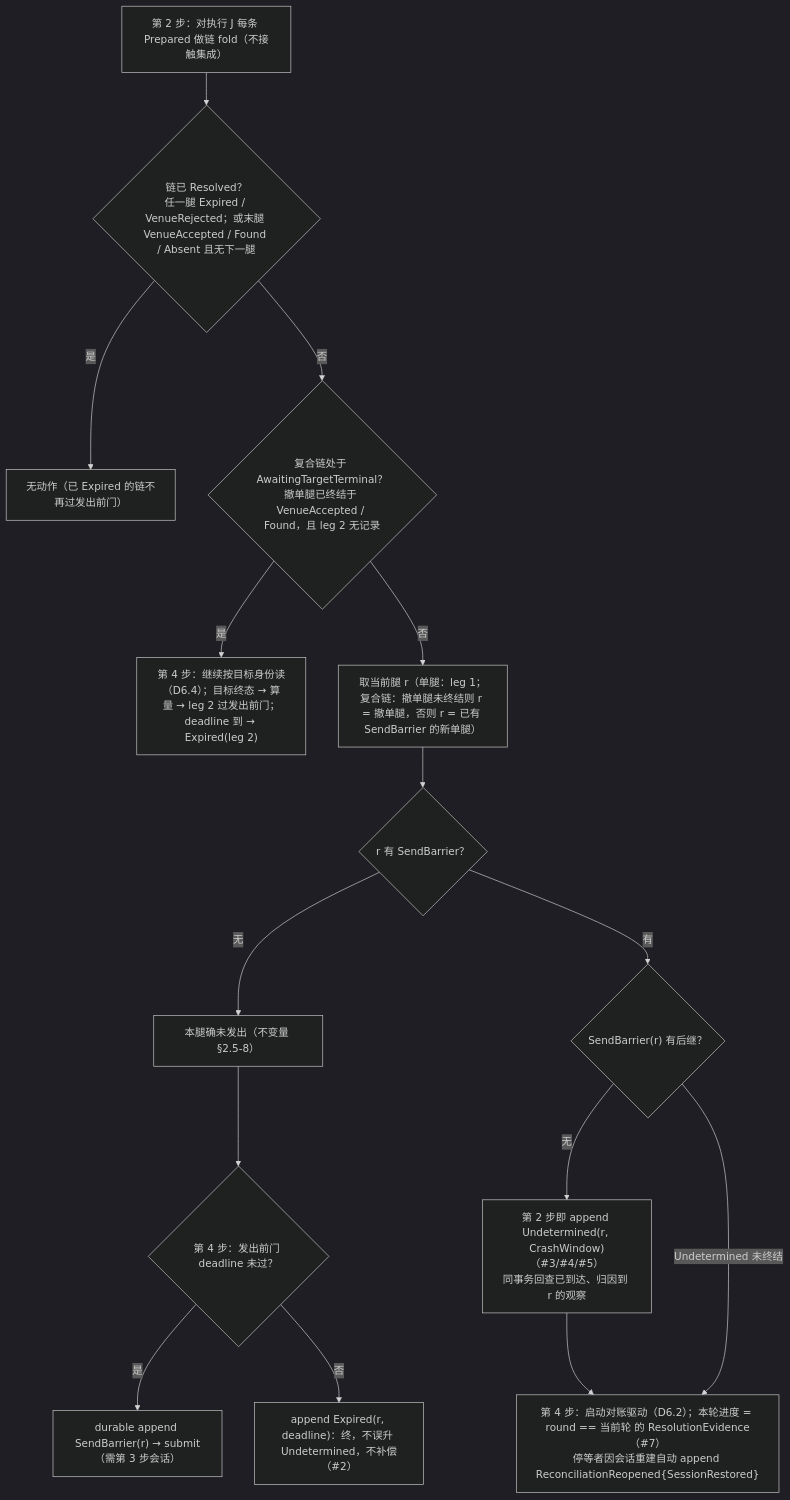
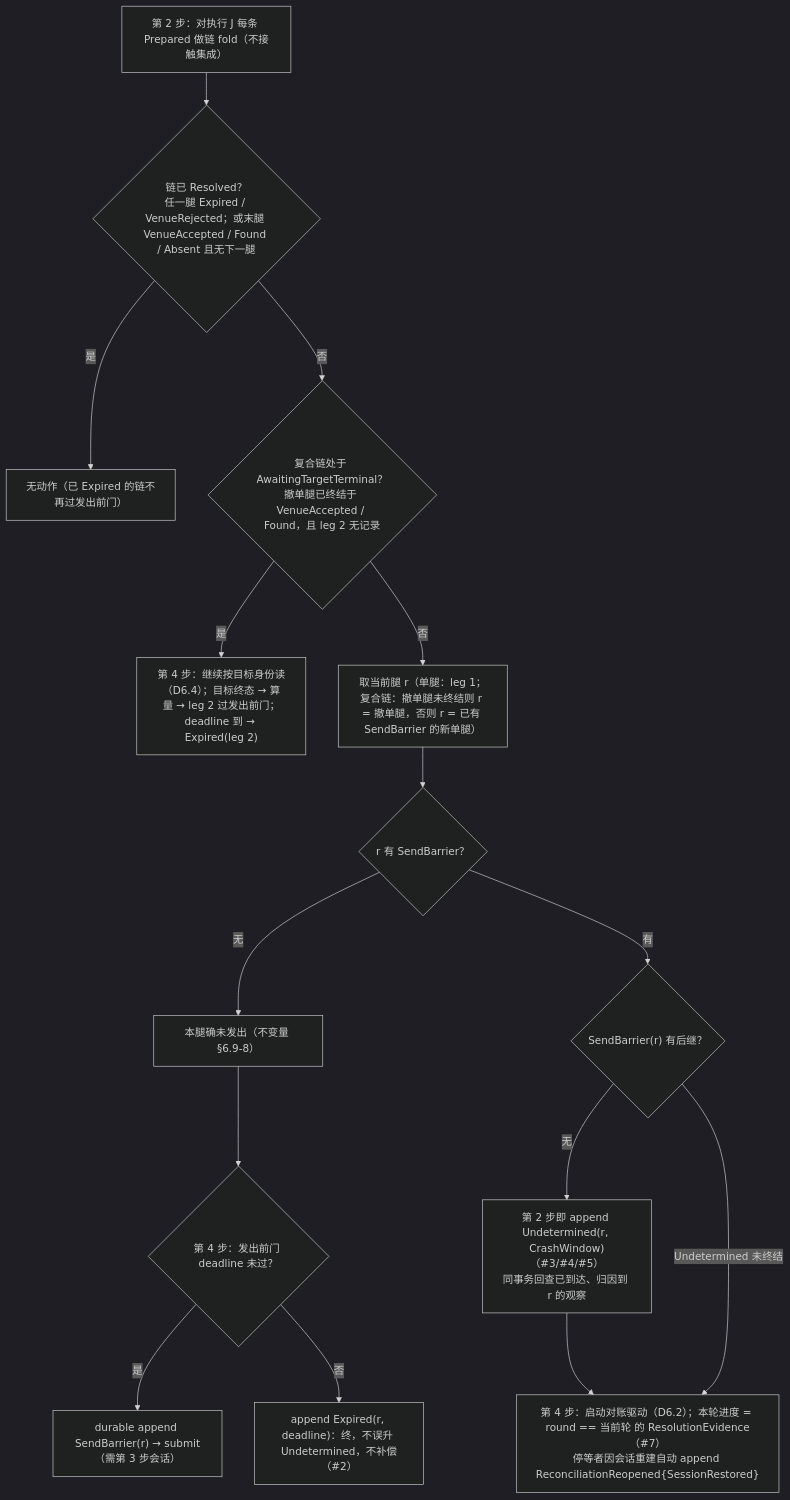
The first of 4 diagrams in design/diagrams/07-crash-recovery.md (mouriya-s-lab/uta), drawn with Mermaid (dark theme) before and after one commit. The commit also changed other lines of this file and 24 other files, not shown here.

````diff
--- a/design/diagrams/07-crash-recovery.md
+++ b/design/diagrams/07-crash-recovery.md
@@ -9,18 +9,18 @@
 ```mermaid
 flowchart TB
   START["第 2 步：对执行 J 每条 Prepared 做链 fold（不接触集成）"]
   START --> Q0{"链已 Resolved？<br/>任一腿 Expired / VenueRejected；或末腿 VenueAccepted / Found / Absent 且无下一腿"}
   Q0 -->|"是"| DONE["无动作（已 Expired 的链不再过发出前门）"]
   Q0 -->|"否"| Q3{"复合链处于 AwaitingTargetTerminal？<br/>撤单腿已终结于 VenueAccepted / Found，且 leg 2 无记录"}
   Q3 -->|"是"| ATT["第 4 步：继续按目标身份读（D6.4）；目标终态 → 算量 → leg 2 过发出前门；deadline 到 → Expired(leg 2)"]
   Q3 -->|"否"| LEG["取当前腿 r（单腿：leg 1；复合链：撤单腿未终结则 r = 撤单腿，否则 r = 已有 SendBarrier 的新单腿）"]
   LEG --> Q1{"r 有 SendBarrier？"}
-  Q1 -->|"无"| SAFE["本腿确未发出（不变量 §2.5-8）"]
+  Q1 -->|"无"| SAFE["本腿确未发出（不变量 §6.9-8）"]
   SAFE --> G{"第 4 步：发出前门 deadline 未过？"}
   G -->|"是"| SEND["durable append SendBarrier(r) → submit（需第 3 步会话）"]
   G -->|"否"| EXP["append Expired(r, deadline)：终，不误升 Undetermined，不补偿（#2）"]
   Q1 -->|"有"| Q2{"SendBarrier(r) 有后继？"}
   Q2 -->|"无"| UD["第 2 步即 append Undetermined(r, CrashWindow)（#3/#4/#5）<br/>同事务回查已到达、归因到 r 的观察"]
   UD --> DRV["第 4 步：启动对账驱动（D6.2）；本轮进度 = round == 当前轮 的 ResolutionEvidence（#7）<br/>停等者因会话重建自动 append ReconciliationReopened{SessionRestored}"]
   Q2 -->|"Undetermined 未终结"| DRV
 ```
````
